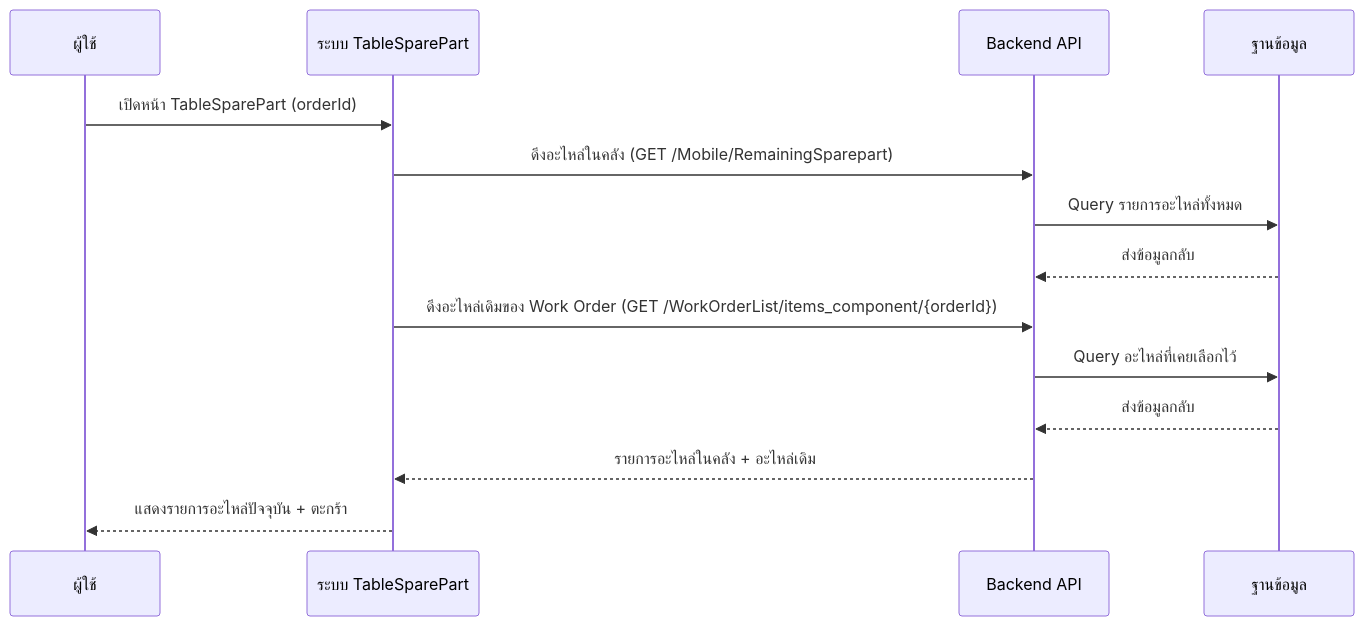
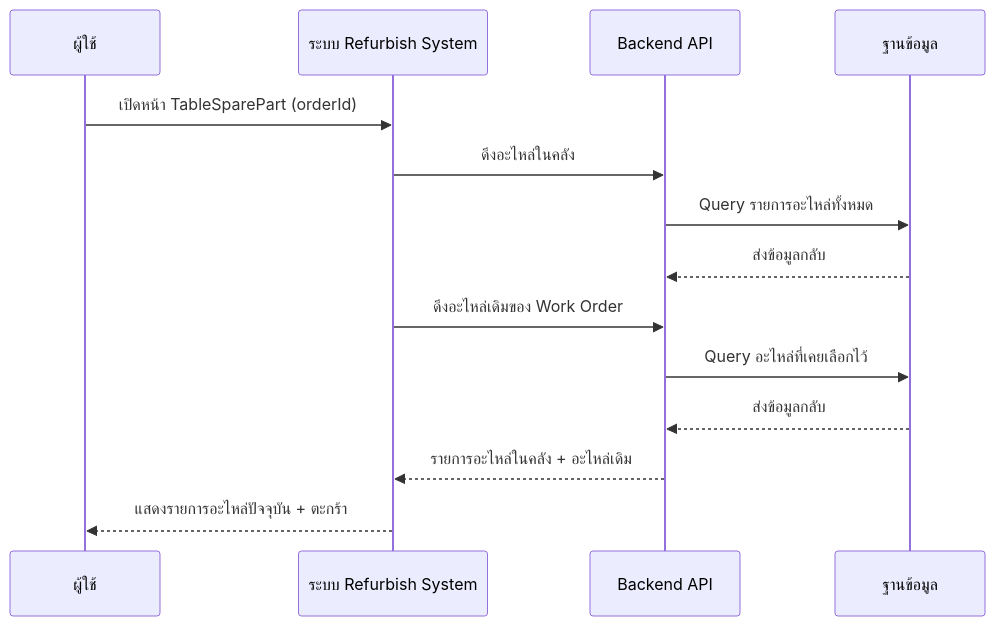
One commit to akkdach/pro-iot-mobile changed the first of 5 diagrams in docs/TableSparePart_SequenceDiagram.md. Above: the diagram before and after it, drawn with Mermaid. The commit also changed other lines of this file and 10 other files, not shown here.

````diff
--- a/docs/TableSparePart_SequenceDiagram.md
+++ b/docs/TableSparePart_SequenceDiagram.md
@@ -5,17 +5,17 @@
 ```mermaid
 sequenceDiagram
     participant U as ผู้ใช้
-    participant SP as ระบบ TableSparePart
+    participant SP as ระบบ Refurbish System
     participant API as Backend API
     participant DB as ฐานข้อมูล
 
     U->>SP: เปิดหน้า TableSparePart (orderId)
-    SP->>API: ดึงอะไหล่ในคลัง (GET /Mobile/RemainingSparepart)
+    SP->>API: ดึงอะไหล่ในคลัง
     API->>DB: Query รายการอะไหล่ทั้งหมด
     DB-->>API: ส่งข้อมูลกลับ
-    SP->>API: ดึงอะไหล่เดิมของ Work Order (GET /WorkOrderList/items_component/{orderId})
+    SP->>API: ดึงอะไหล่เดิมของ Work Order
     API->>DB: Query อะไหล่ที่เคยเลือกไว้
     DB-->>API: ส่งข้อมูลกลับ
     API-->>SP: รายการอะไหล่ในคลัง + อะไหล่เดิม
     SP-->>U: แสดงรายการอะไหล่ปัจจุบัน + ตะกร้า
 ```
````
